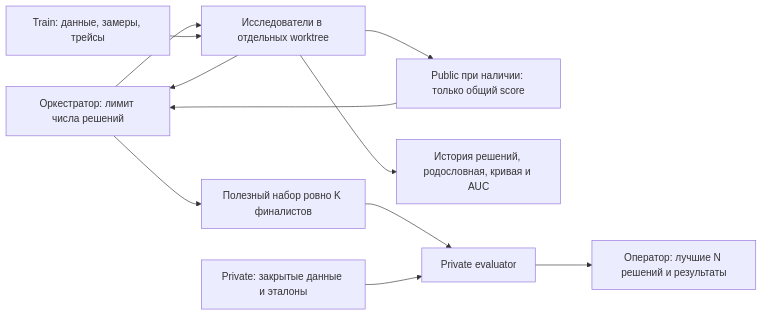
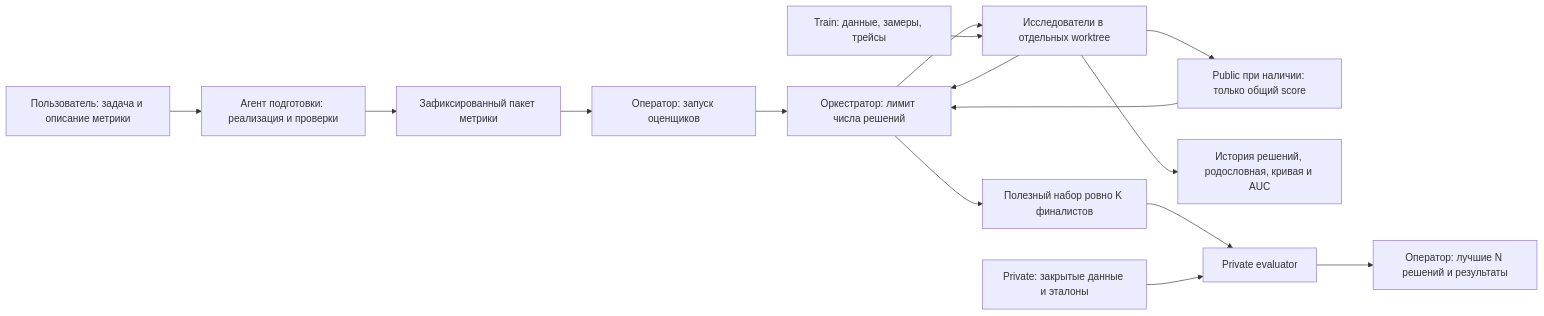
The diagram in README.md (deeppavlov/arena), drawn with Mermaid before and after one commit. The commit also changed other lines of this file and 45 other files, not shown here.

````diff
--- a/README.md
+++ b/README.md
@@ -7,13 +7,17 @@
 ```mermaid
 flowchart LR
+    U[Пользователь: задача и описание метрики] --> A0[Агент подготовки: реализация и проверки]
+    A0 --> M[Зафиксированный пакет метрики]
+    M --> OP[Оператор: запуск оценщиков]
+    OP --> O
     O[Оркестратор: лимит числа решений] --> W[Исследователи в отдельных worktree]
     T[Train: данные, замеры, трейсы] --> W
     W --> P[Public при наличии: только общий score]
     P --> O
     W --> J[История решений, родословная, кривая и AUC]
     W --> O
     O --> F[Полезный набор ровно K финалистов]
     F --> E[Private evaluator]
     D[Private: закрытые данные и эталоны] --> E
     E --> A[Оператор: лучшие N решений и результаты]
 ```
````
